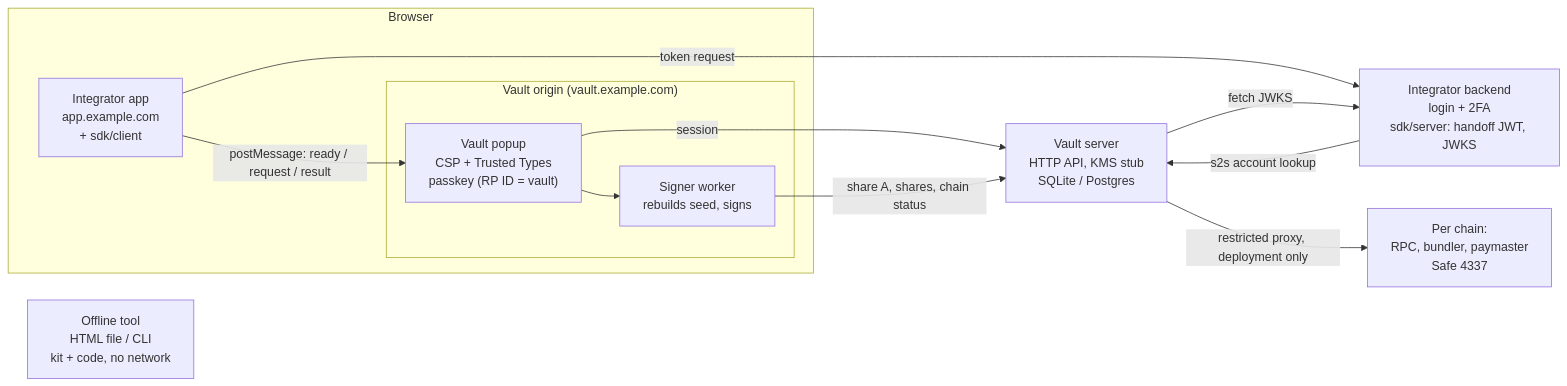
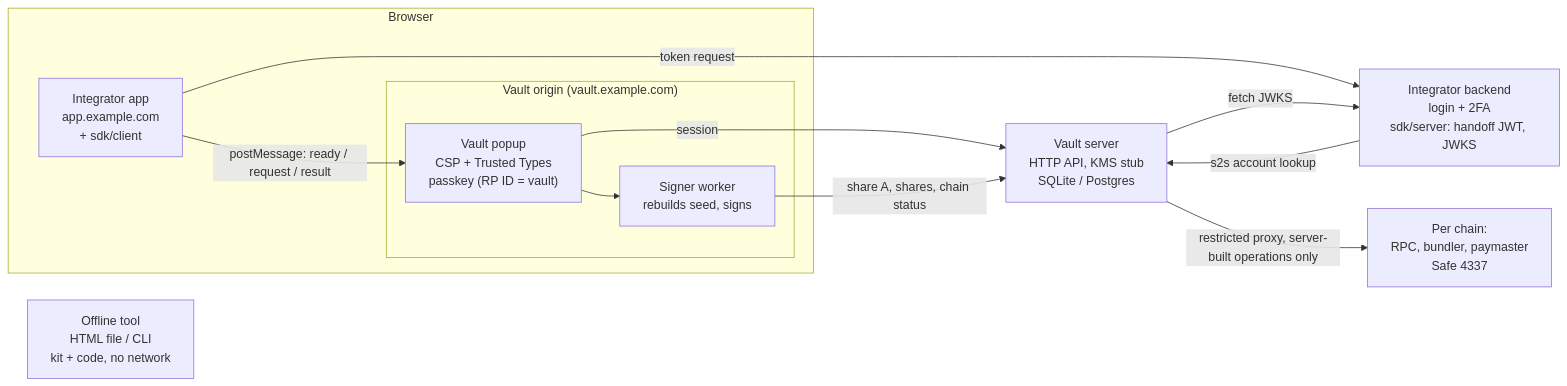
Before and after one commit to victormer/wl-embedded-wallet: the diagram in README.md, drawn with Mermaid. The commit also changed other lines of this file and 73 other files, not shown here.

````diff
--- a/README.md
+++ b/README.md
@@ -26,23 +26,23 @@
 ```mermaid
 flowchart LR
   subgraph Browser
     App["Integrator app<br/>app.example.com<br/>+ sdk/client"]
     subgraph VaultOrigin["Vault origin (vault.example.com)"]
       Popup["Vault popup<br/>CSP + Trusted Types<br/>passkey (RP ID = vault)"]
       Worker["Signer worker<br/>rebuilds seed, signs"]
     end
   end
   Backend["Integrator backend<br/>login + 2FA<br/>sdk/server: handoff JWT, JWKS"]
   Server["Vault server<br/>HTTP API, KMS stub<br/>SQLite / Postgres"]
   Chain["Per chain:<br/>RPC, bundler, paymaster<br/>Safe 4337"]
   Offline["Offline tool<br/>HTML file / CLI<br/>kit + code, no network"]
 
   App -- "postMessage: ready / request / result" --> Popup
   App -- "token request" --> Backend
   Popup --> Worker
   Popup -- "session" --> Server
   Worker -- "share A, shares, chain status" --> Server
   Server -- "fetch JWKS" --> Backend
   Backend -- "s2s account lookup" --> Server
-  Server -- "restricted proxy, deployment only" --> Chain
+  Server -- "restricted proxy, server-built operations only" --> Chain
 ```
````
